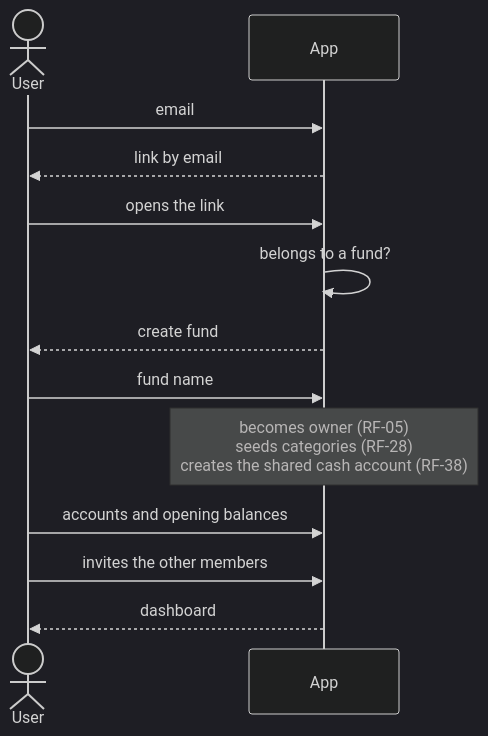
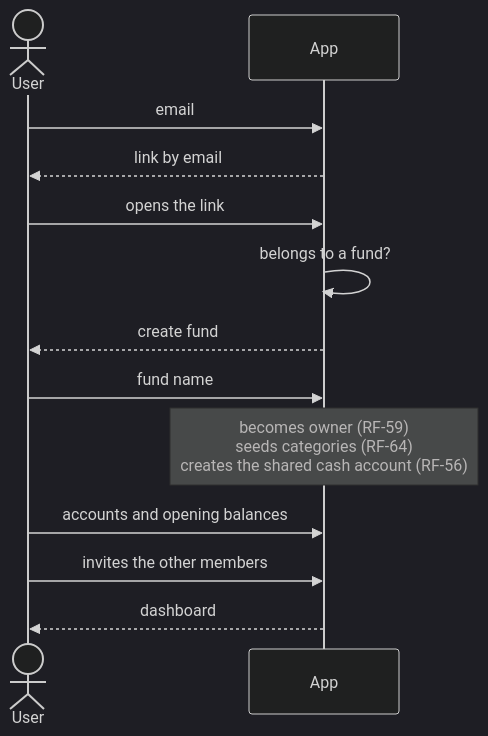
Before and after one commit to WAB-Studio/finances-app: the second of 7 diagrams in docs/FLOWS.md, drawn with Mermaid (dark theme). The commit also changed 5 other files, not shown here.

Commit message:
Refresh stale retired-RF citations in comments and a flow note

````diff
--- a/docs/FLOWS.md
+++ b/docs/FLOWS.md
@@ -42,16 +42,16 @@
 ```mermaid
 sequenceDiagram
     actor U as User
     participant A as App
 
     U->>A: email
     A-->>U: link by email
     U->>A: opens the link
     A->>A: belongs to a fund?
     A-->>U: create fund
     U->>A: fund name
-    Note over A: becomes owner (RF-05)<br/>seeds categories (RF-28)<br/>creates the shared cash account (RF-38)
+    Note over A: becomes owner (RF-59)<br/>seeds categories (RF-64)<br/>creates the shared cash account (RF-56)
     U->>A: accounts and opening balances
     U->>A: invites the other members
     A-->>U: dashboard
 ```
````
